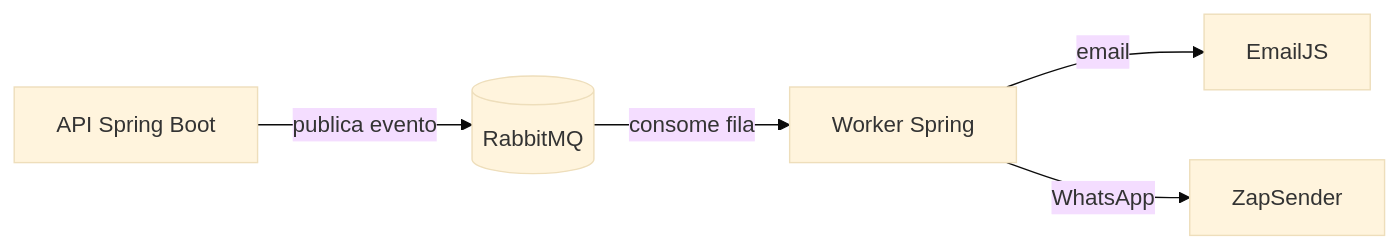
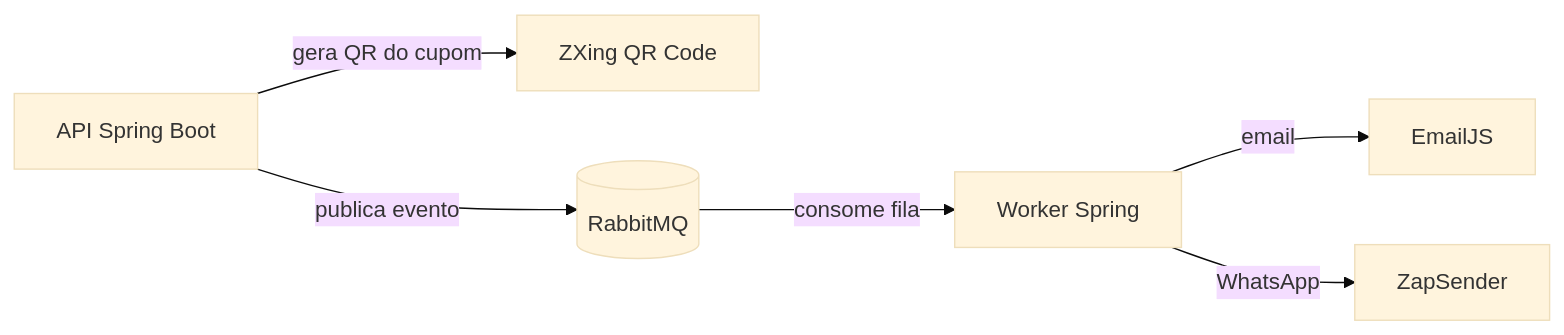
Before and after one commit to LaraCarvalho00/sistema-moeda-estudantil: the third of 3 diagrams in README.md, drawn with Mermaid (base theme). The commit also changed other lines of this file and 53 other files, not shown here.

````diff
--- a/README.md
+++ b/README.md
@@ -217,7 +220,8 @@
 ```mermaid
 flowchart LR
-  API[API Spring Boot] -->|publica evento| MQ[(RabbitMQ)]
+  API[API Spring Boot] -->|gera QR do cupom| QR[ZXing QR Code]
+  API -->|publica evento| MQ[(RabbitMQ)]
   MQ -->|consome fila| W[Worker Spring]
   W -->|email| E[EmailJS]
   W -->|WhatsApp| Z[ZapSender]
 ```
````
